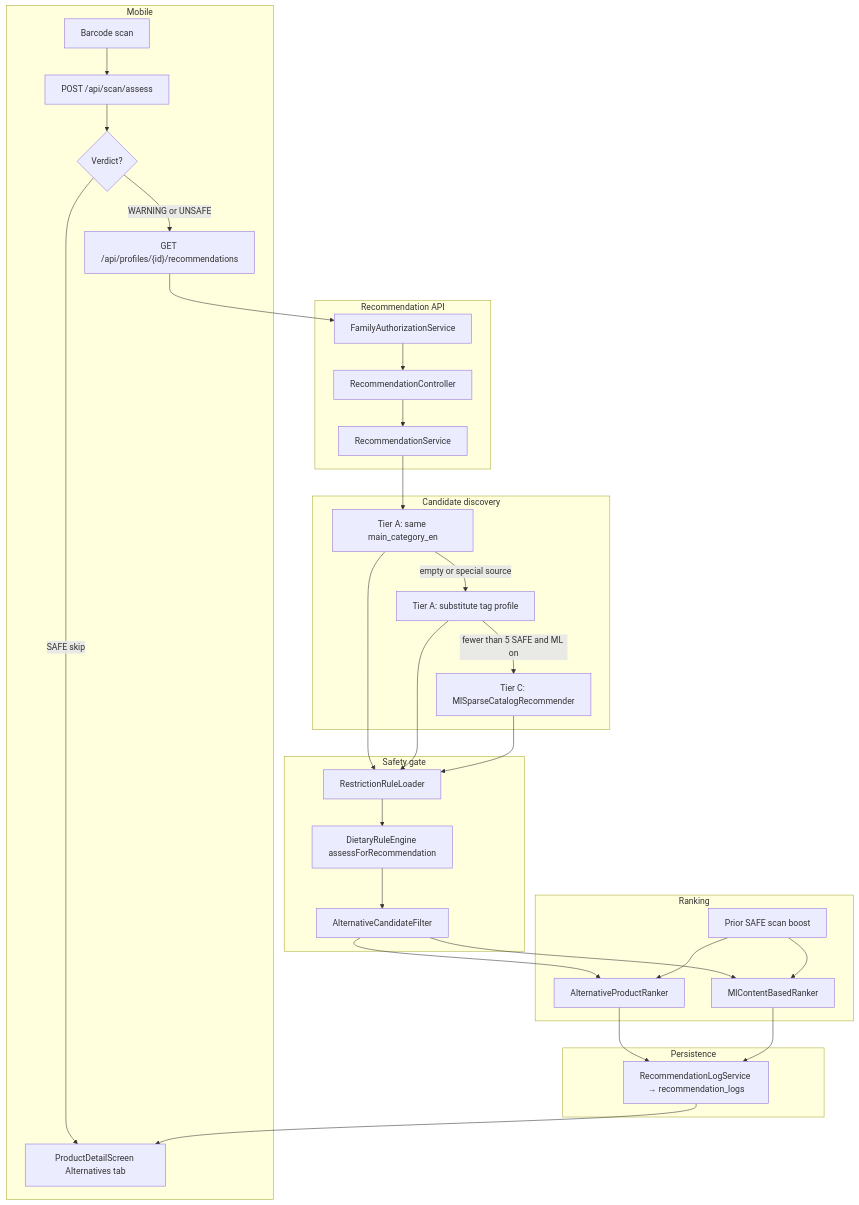
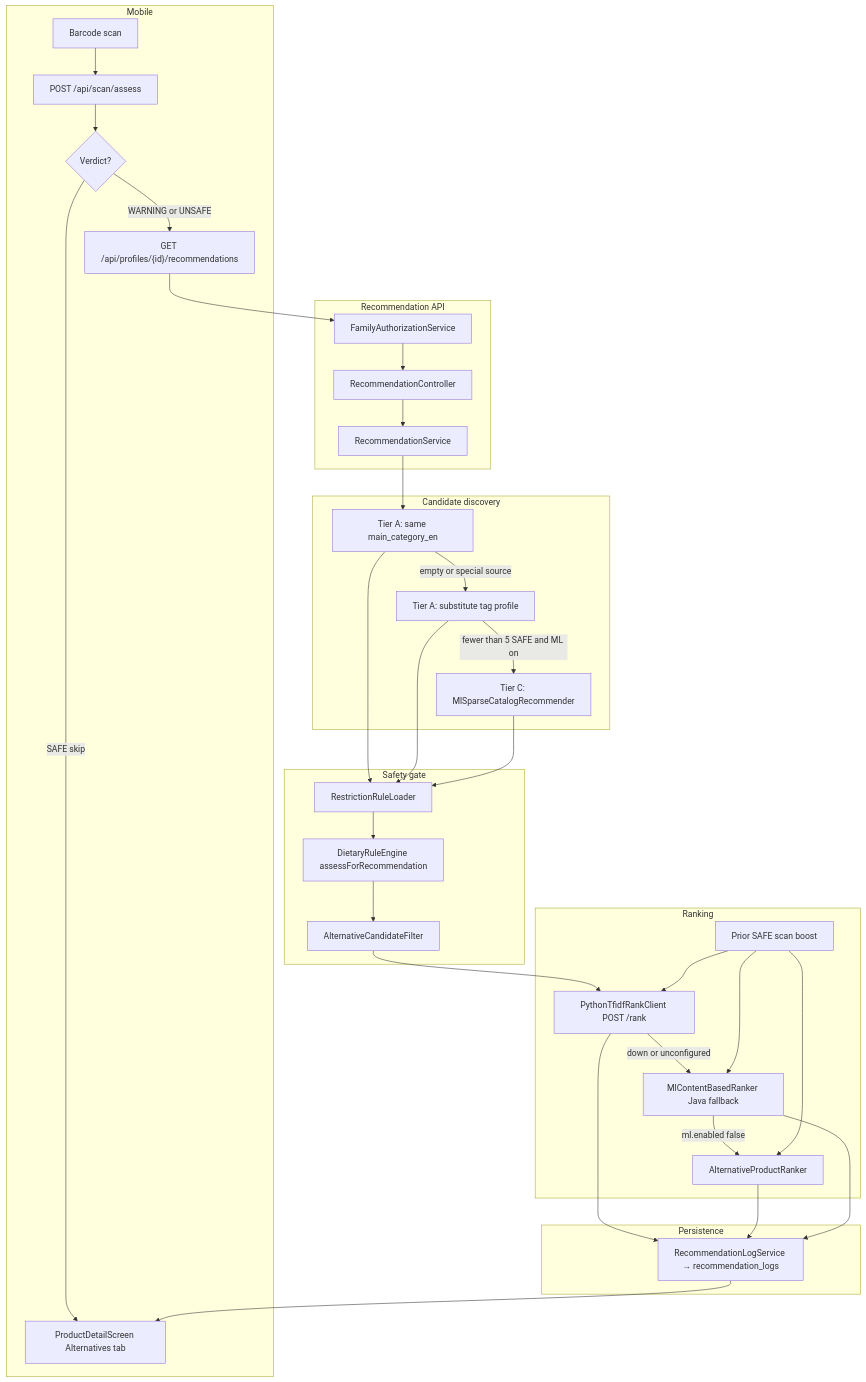
The first of 5 diagrams in docs/architecture/uc5-alternative-recommender.md (CanMakan-Team/CanMakan), drawn with Mermaid before and after one commit. The commit also changed other lines of this file, not shown here.

First line of the commit message:
update architecture markdown for UC5

````diff
--- a/docs/architecture/uc5-alternative-recommender.md
+++ b/docs/architecture/uc5-alternative-recommender.md
@@ -36,61 +36,65 @@
 ```mermaid
 flowchart TB
   subgraph mobile [Mobile]
     Scan[Barcode scan]
     Assess["POST /api/scan/assess"]
     Verdict{Verdict?}
     RecAPI["GET /api/profiles/{id}/recommendations"]
     Detail[ProductDetailScreen Alternatives tab]
   end
 
   subgraph api [Recommendation API]
     Ctrl[RecommendationController]
     Auth[FamilyAuthorizationService]
     Svc[RecommendationService]
   end
 
   subgraph discovery [Candidate discovery]
     SameCat[Tier A: same main_category_en]
     Tags[Tier A: substitute tag profile]
     ML[Tier C: MlSparseCatalogRecommender]
   end
 
   subgraph safety [Safety gate]
     Rules[RestrictionRuleLoader]
     Engine[DietaryRuleEngine assessForRecommendation]
     Filter[AlternativeCandidateFilter]
   end
 
   subgraph rank [Ranking]
+    Python[PythonTfidfRankClient POST /rank]
     Heuristic[AlternativeProductRanker]
-    MLRank[MlContentBasedRanker]
+    MLRank[MlContentBasedRanker Java fallback]
     Prior[Prior SAFE scan boost]
   end
 
   subgraph persist [Persistence]
     Logs[RecommendationLogService → recommendation_logs]
   end
 
   Scan --> Assess
   Assess --> Verdict
   Verdict -->|SAFE skip| Detail
   Verdict -->|WARNING or UNSAFE| RecAPI
   RecAPI --> Auth
   Auth --> Ctrl
   Ctrl --> Svc
   Svc --> SameCat
   SameCat -->|empty or special source| Tags
   Tags -->|fewer than 5 SAFE and ML on| ML
   SameCat --> Rules
   Tags --> Rules
   ML --> Rules
   Rules --> Engine
   Engine --> Filter
-  Filter --> Heuristic
-  Filter --> MLRank
+  Filter --> Python
+  Python -->|down or unconfigured| MLRank
+  MLRank -->|ml.enabled false| Heuristic
+  Prior --> Python
+  Prior --> MLRank
   Prior --> Heuristic
-  Prior --> MLRank
+  Python --> Logs
   Heuristic --> Logs
   MLRank --> Logs
   Logs --> Detail
 ```
````
